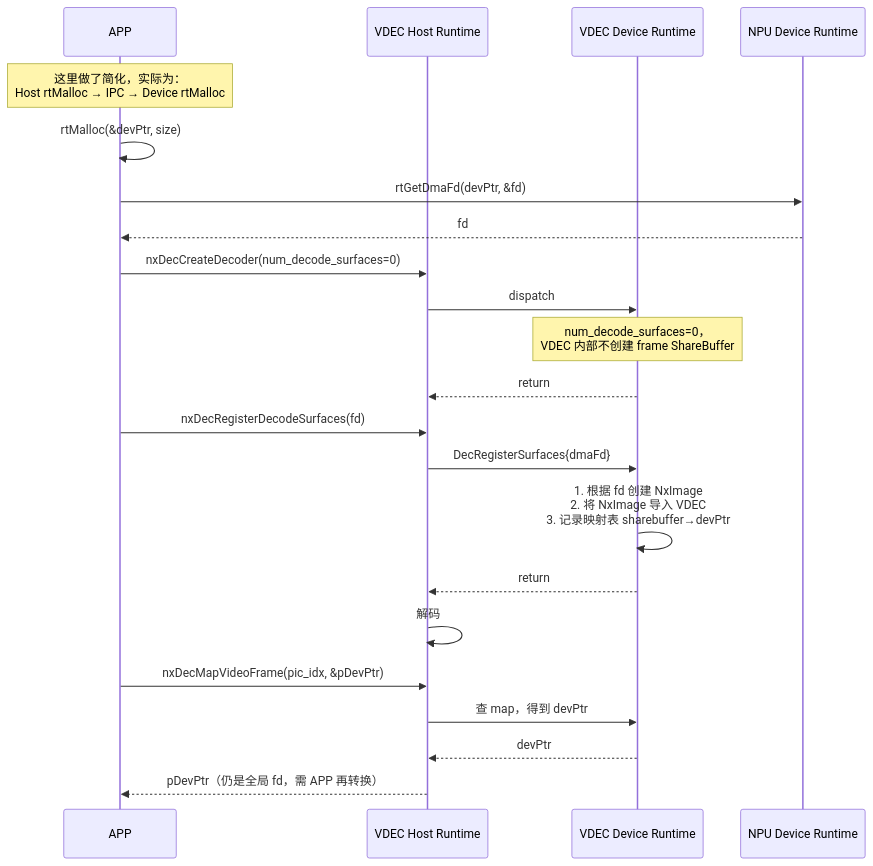
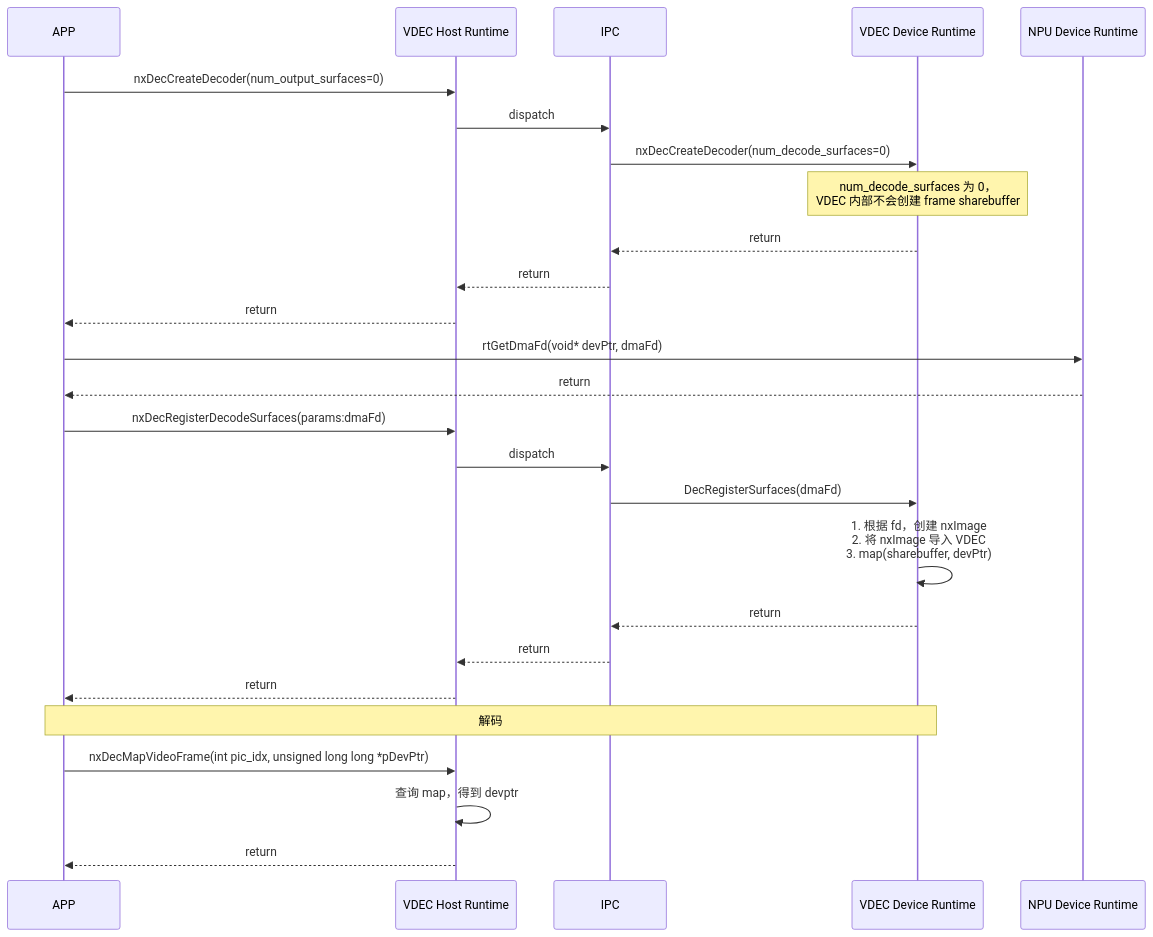
Before and after one commit to robertqd/AI-fundermentals: the tenth of 10 diagrams in 01_hardware_architecture/video_codec/01_inference_card_decode_interface_alignment.md, drawn with Mermaid. The commit also changed other lines of this file and 1 other file, not shown here.

First line of the commit message:
fix(docs): correct sequence diagrams to match original design diagrams

````diff
--- a/01_hardware_architecture/video_codec/01_inference_card_decode_interface_alignment.md
+++ b/01_hardware_architecture/video_codec/01_inference_card_decode_interface_alignment.md
@@ -1016,27 +1197,33 @@
 ```mermaid
 sequenceDiagram
     participant APP
     participant Host as VDEC Host Runtime
+    participant IPC
     participant Dev as VDEC Device Runtime
     participant NPU as NPU Device Runtime
 
-    Note over APP: 这里做了简化，实际为：<br/>Host rtMalloc → IPC → Device rtMalloc
-    APP->>APP: rtMalloc(&devPtr, size)
-    APP->>NPU: rtGetDmaFd(devPtr, &fd)
-    NPU-->>APP: fd
-    APP->>Host: nxDecCreateDecoder(num_decode_surfaces=0)
-    Host->>Dev: dispatch
-    Note over Dev: num_decode_surfaces=0，<br/>VDEC 内部不创建 frame ShareBuffer
-    Dev-->>Host: return
+    APP->>Host: nxDecCreateDecoder(num_output_surfaces=0)
+    Host->>IPC: dispatch
+    IPC->>Dev: nxDecCreateDecoder(num_decode_surfaces=0)
+    Note over Dev: num_decode_surfaces 为 0，<br/>VDEC 内部不会创建 frame sharebuffer
+    Dev-->>IPC: return
+    IPC-->>Host: return
+    Host-->>APP: return
 
-    APP->>Host: nxDecRegisterDecodeSurfaces(fd)
-    Host->>Dev: DecRegisterSurfaces{dmaFd}
-    Dev->>Dev: 1. 根据 fd 创建 NxImage<br/>2. 将 NxImage 导入 VDEC<br/>3. 记录映射表 sharebuffer→devPtr
-    Dev-->>Host: return
+    APP->>NPU: rtGetDmaFd(void* devPtr, dmaFd)
+    NPU-->>APP: return
 
-    Host->>Host: 解码
-    APP->>Host: nxDecMapVideoFrame(pic_idx, &pDevPtr)
-    Host->>Dev: 查 map，得到 devPtr
-    Dev-->>Host: devPtr
-    Host-->>APP: pDevPtr（仍是全局 fd，需 APP 再转换）
+    APP->>Host: nxDecRegisterDecodeSurfaces(params:dmaFd)
+    Host->>IPC: dispatch
+    IPC->>Dev: DecRegisterSurfaces(dmaFd)
+    Dev->>Dev: 1. 根据 fd，创建 nxImage<br/>2. 将 nxImage 导入 VDEC<br/>3. map(sharebuffer, devPtr)
+    Dev-->>IPC: return
+    IPC-->>Host: return
+    Host-->>APP: return
+
+    Note over APP,Dev: 解码
+
+    APP->>Host: nxDecMapVideoFrame(int pic_idx, unsigned long long *pDevPtr)
+    Host->>Host: 查询 map，得到 devptr
+    Host-->>APP: return
 ```
````
